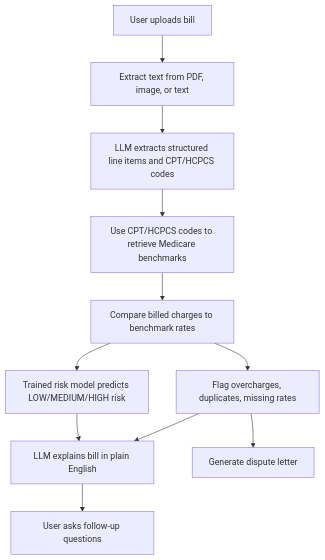
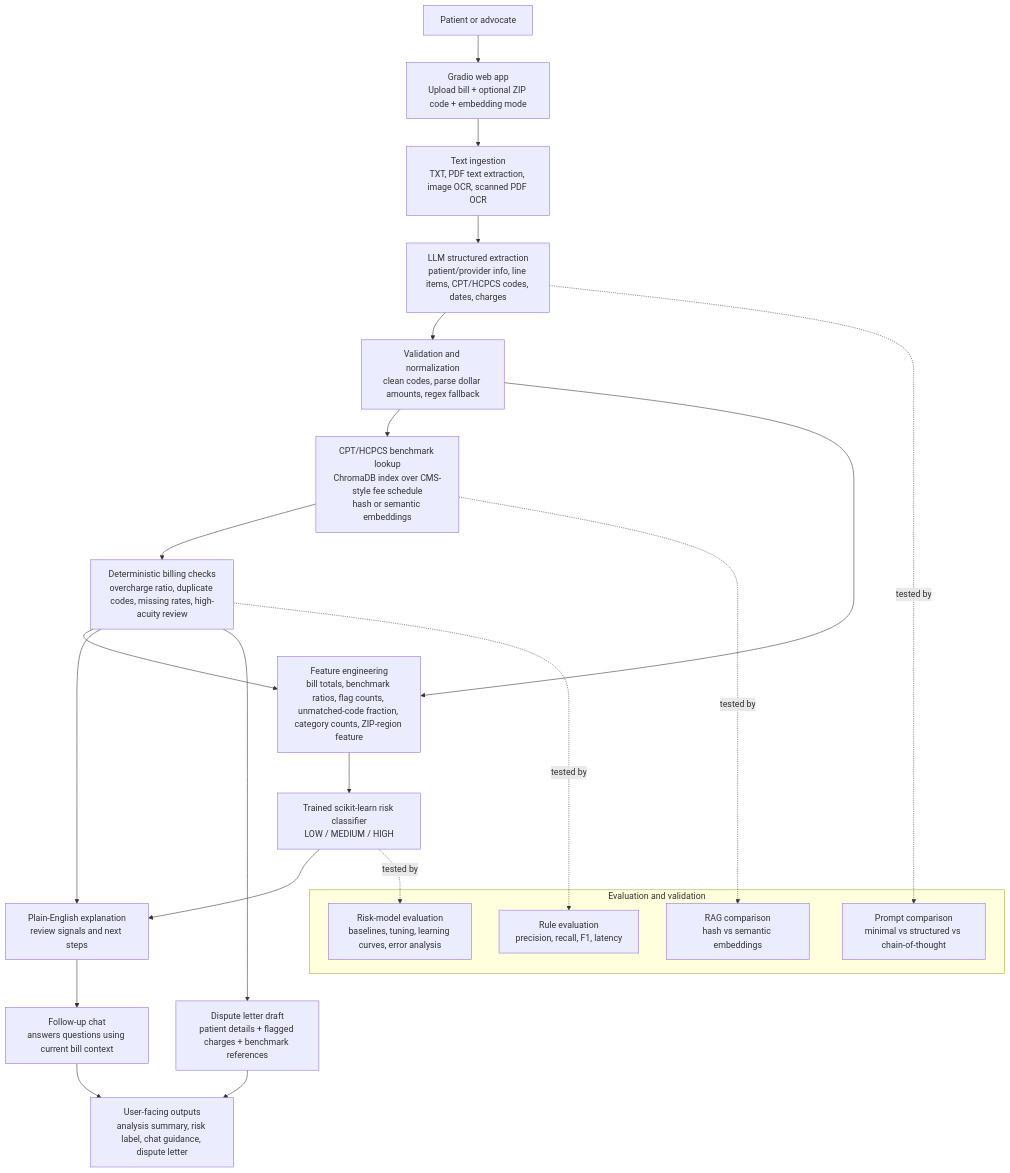
One commit to Paulina-V/cs372-final-project changed the diagram in README.md. Above: the diagram before and after it, drawn with Mermaid. The commit also changed other lines of this file and 11 other files, not shown here.

````diff
--- a/README.md
+++ b/README.md
@@ -21,13 +21,35 @@
 ```mermaid
 flowchart TD
-    uploadBill["User uploads bill"] --> extractText["Extract text from PDF, image, or text"]
-    extractText --> extractCodes["LLM extracts structured line items and CPT/HCPCS codes"]
-    extractCodes --> codeLookup["Use CPT/HCPCS codes to retrieve Medicare benchmarks"]
-    codeLookup --> compareRates["Compare billed charges to benchmark rates"]
-    compareRates --> detectFlags["Flag overcharges, duplicates, missing rates"]
-    compareRates --> riskModel["Trained risk model predicts LOW/MEDIUM/HIGH risk"]
-    detectFlags --> explainBill["LLM explains bill in plain English"]
-    riskModel --> explainBill
-    explainBill --> chat["User asks follow-up questions"]
-    detectFlags --> dispute["Generate dispute letter"]
+    user["Patient or advocate"] --> app["Gradio web app<br/>Upload bill + optional ZIP code + embedding mode"]
+
+    app --> ingest["Text ingestion<br/>TXT, PDF text extraction, image OCR, scanned PDF OCR"]
+    ingest --> llmExtract["LLM structured extraction<br/>patient/provider info, line items, CPT/HCPCS codes, dates, charges"]
+    llmExtract --> normalize["Validation and normalization<br/>clean codes, parse dollar amounts, regex fallback"]
+
+    normalize --> lookup["CPT/HCPCS benchmark lookup<br/>ChromaDB index over CMS-style fee schedule<br/>hash or semantic embeddings"]
+    lookup --> rules["Deterministic billing checks<br/>overcharge ratio, duplicate codes, missing rates, high-acuity review"]
+
+    normalize --> features["Feature engineering<br/>bill totals, benchmark ratios, flag counts, unmatched-code fraction, category counts, ZIP-region feature"]
+    rules --> features
+    features --> risk["Trained scikit-learn risk classifier<br/>LOW / MEDIUM / HIGH"]
+
+    rules --> explanation["Plain-English explanation<br/>review signals and next steps"]
+    risk --> explanation
+    explanation --> chat["Follow-up chat<br/>answers questions using current bill context"]
+    rules --> dispute["Dispute letter draft<br/>patient details + flagged charges + benchmark references"]
+
+    chat --> outputs["User-facing outputs<br/>analysis summary, risk label, chat guidance, dispute letter"]
+    dispute --> outputs
+
+    subgraph eval["Evaluation and validation"]
+        rulesEval["Rule evaluation<br/>precision, recall, F1, latency"]
+        ragEval["RAG comparison<br/>hash vs semantic embeddings"]
+        riskEval["Risk-model evaluation<br/>baselines, tuning, learning curves, error analysis"]
+        promptEval["Prompt comparison<br/>minimal vs structured vs chain-of-thought"]
+    end
+
+    rules -. tested by .-> rulesEval
+    lookup -. tested by .-> ragEval
+    risk -. tested by .-> riskEval
+    llmExtract -. tested by .-> promptEval
 ```
````
